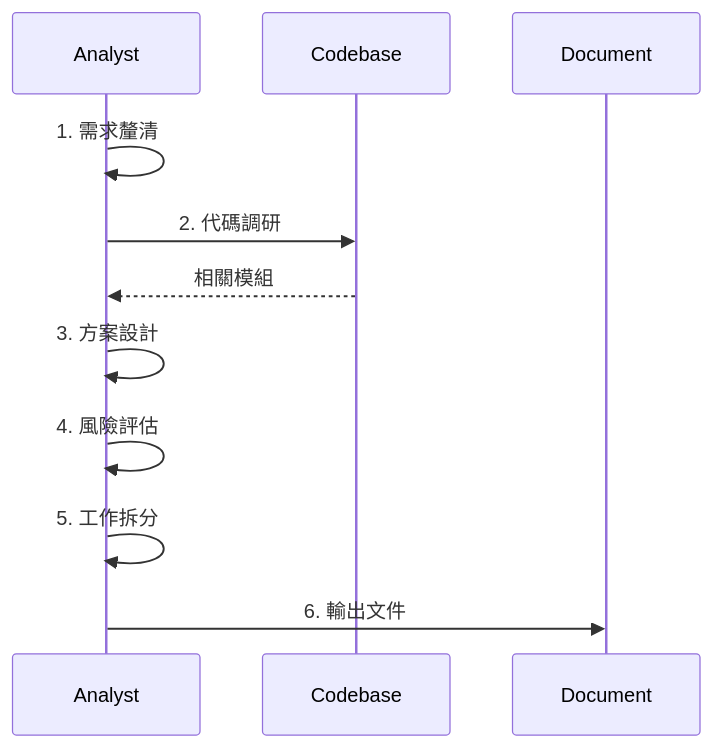
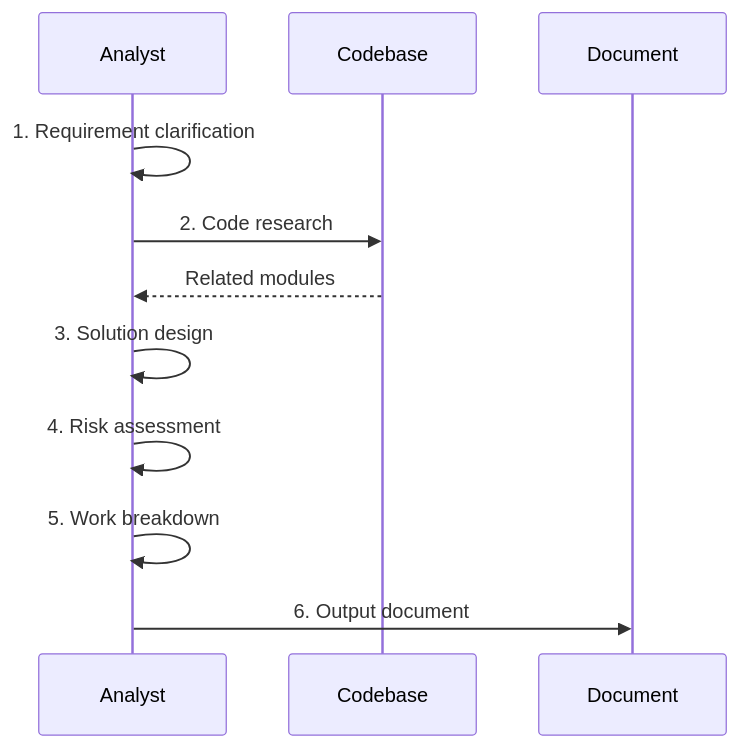
Before and after one commit to jupiter-Pulin/Uranus-dev-flow: the diagram in skills/tech-spec/SKILL.md, drawn with Mermaid. The commit also changed other lines of this file and 106 other files, not shown here.

````diff
--- a/skills/tech-spec/SKILL.md
+++ b/skills/tech-spec/SKILL.md
@@ -29,14 +29,14 @@
 ```mermaid
 sequenceDiagram
     participant A as Analyst
     participant C as Codebase
     participant D as Document
 
-    A->>A: 1. 需求釐清
-    A->>C: 2. 代碼調研
-    C-->>A: 相關模組
-    A->>A: 3. 方案設計
-    A->>A: 4. 風險評估
-    A->>A: 5. 工作拆分
-    A->>D: 6. 輸出文件
+    A->>A: 1. Requirement clarification
+    A->>C: 2. Code research
+    C-->>A: Related modules
+    A->>A: 3. Solution design
+    A->>A: 4. Risk assessment
+    A->>A: 5. Work breakdown
+    A->>D: 6. Output document
 ```
````
